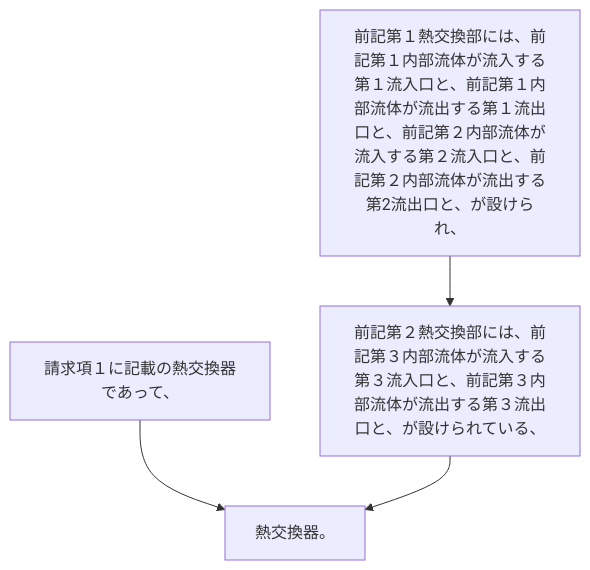
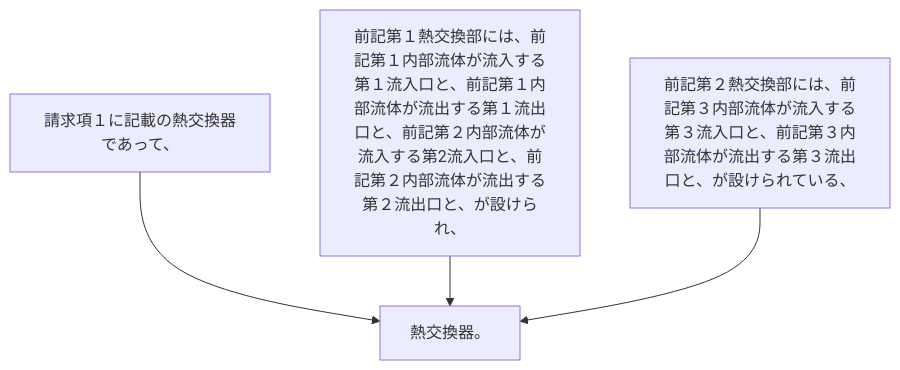
The diagram in 2024/JP2024007944A/claim_7/README.md (shinmori55/patent_analyzed), drawn with Mermaid before and after one commit. The commit also changed 336 other files, not shown here.

````diff
--- a/2024/JP2024007944A/claim_7/README.md
+++ b/2024/JP2024007944A/claim_7/README.md
@@ -4,10 +4,10 @@
 ```mermaid
 flowchart TD
 A[請求項１に記載の熱交換器であって、]
-B[前記第１熱交換部には、前記第１内部流体が流入する第１流入口と、前記第１内部流体が流出する第１流出口と、前記第２内部流体が流入する第２流入口と、前記第２内部流体が流出する第2流出口と、が設けられ、]
+B[前記第１熱交換部には、前記第１内部流体が流入する第１流入口と、前記第１内部流体が流出する第１流出口と、前記第２内部流体が流入する第2流入口と、前記第２内部流体が流出する第２流出口と、が設けられ、]
 C[前記第２熱交換部には、前記第３内部流体が流入する第３流入口と、前記第３内部流体が流出する第３流出口と、が設けられている、]
 D[熱交換器。]
 A --> D
-B --> C
+B --> D
 C --> D
 ```
````
